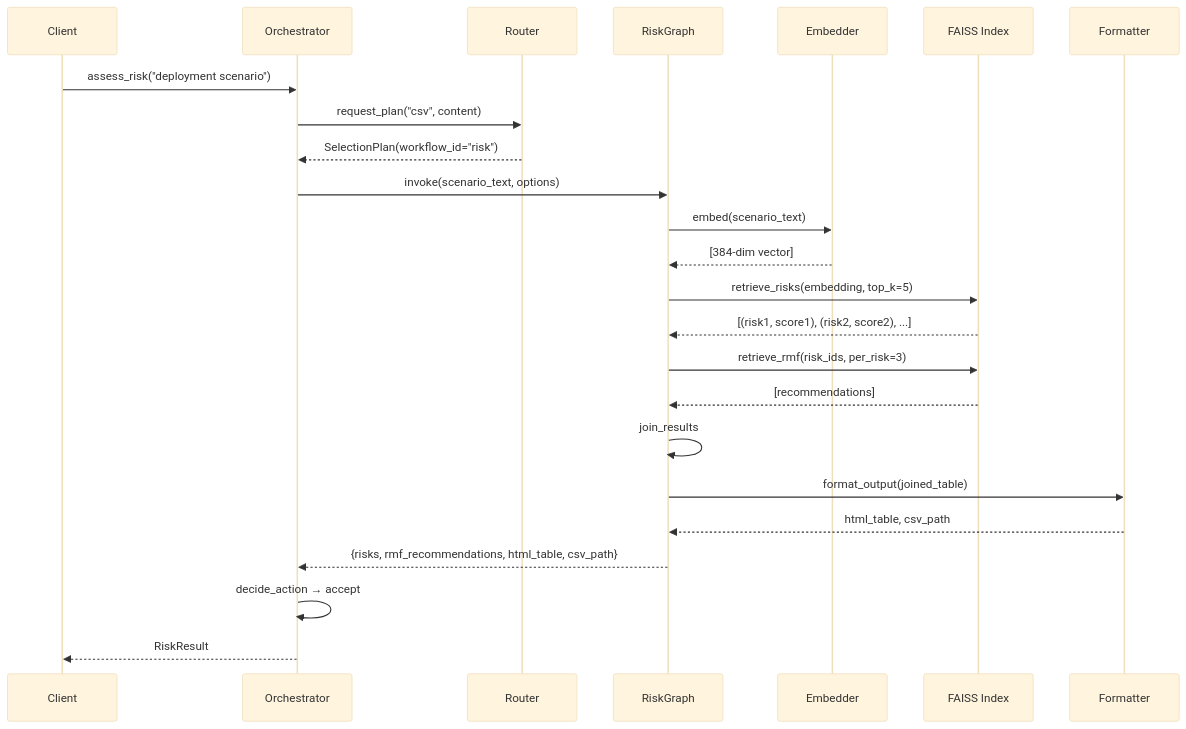
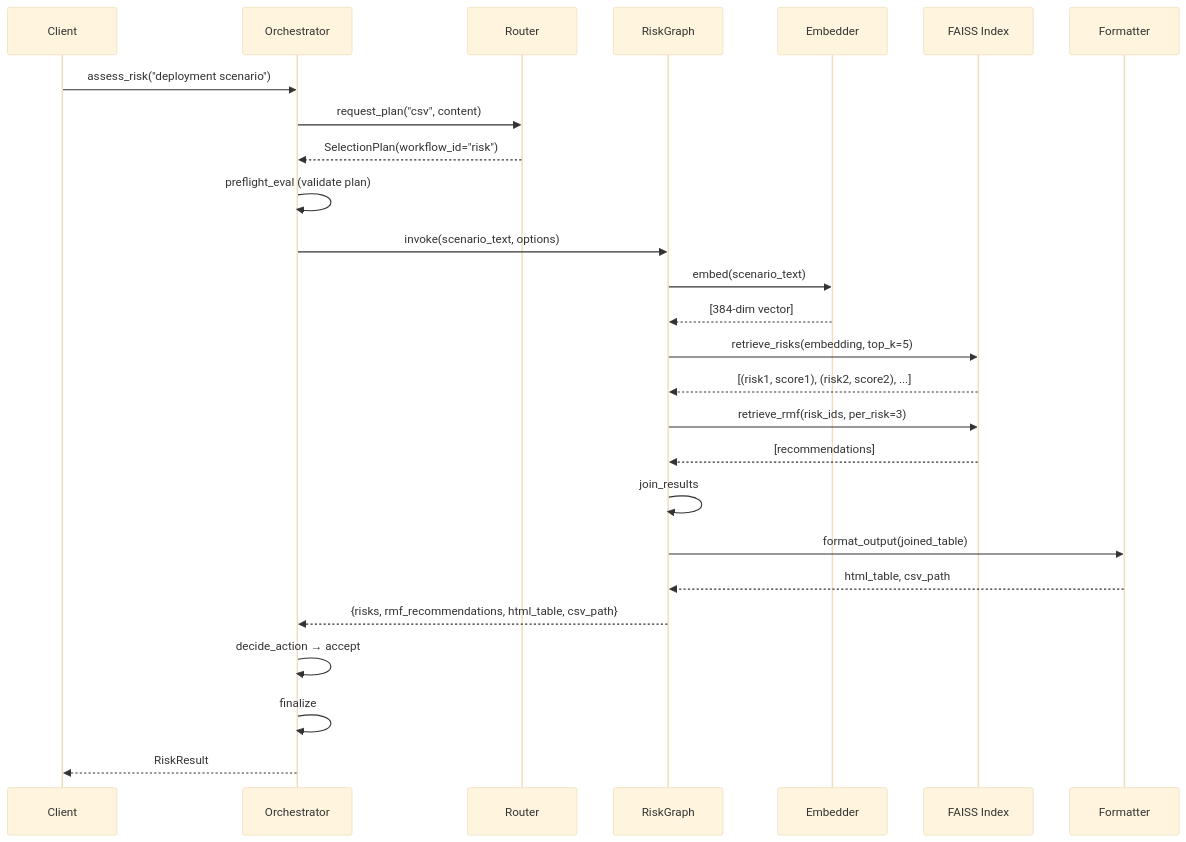
One commit to aravind-3105/fairsense-agentix changed the ninth of 9 diagrams in docs/architecture.md. Above: the diagram before and after it, drawn with Mermaid (base theme). The commit also changed other lines of this file and 1 other file, not shown here.

First line of the commit message:
docs(architecture): enhance architecture documentation with improved diagram clarity and CSS styling

````diff
--- a/docs/architecture.md
+++ b/docs/architecture.md
@@ -663,27 +693,29 @@
 ```mermaid
 sequenceDiagram
     participant C as Client
     participant O as Orchestrator
     participant R as Router
     participant RG as RiskGraph
     participant Embed as Embedder
     participant FAISS as FAISS Index
     participant Form as Formatter
 
     C->>O: assess_risk("deployment scenario")
     O->>R: request_plan("csv", content)
     R-->>O: SelectionPlan(workflow_id="risk")
+    O->>O: preflight_eval (validate plan)
     O->>RG: invoke(scenario_text, options)
     RG->>Embed: embed(scenario_text)
     Embed-->>RG: [384-dim vector]
     RG->>FAISS: retrieve_risks(embedding, top_k=5)
     FAISS-->>RG: [(risk1, score1), (risk2, score2), ...]
     RG->>FAISS: retrieve_rmf(risk_ids, per_risk=3)
     FAISS-->>RG: [recommendations]
     RG->>RG: join_results
     RG->>Form: format_output(joined_table)
     Form-->>RG: html_table, csv_path
     RG-->>O: {risks, rmf_recommendations, html_table, csv_path}
     O->>O: decide_action → accept
+    O->>O: finalize
     O-->>C: RiskResult
 ```
````
